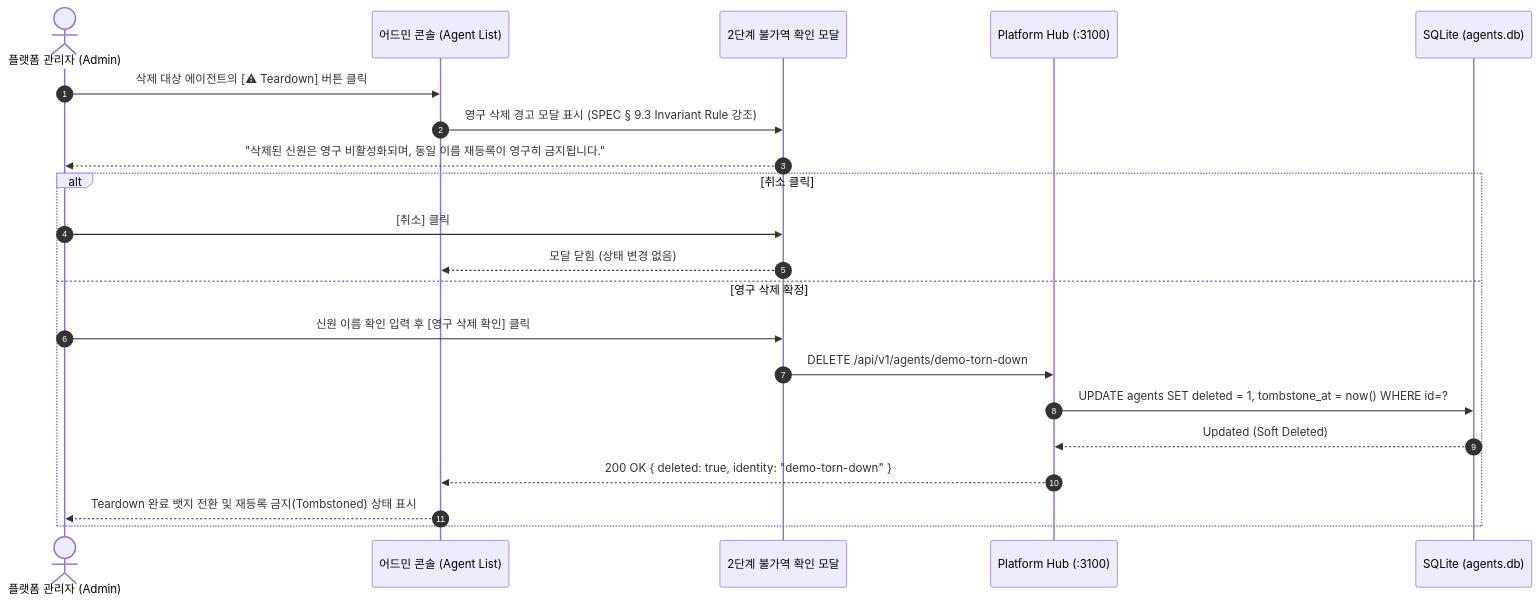
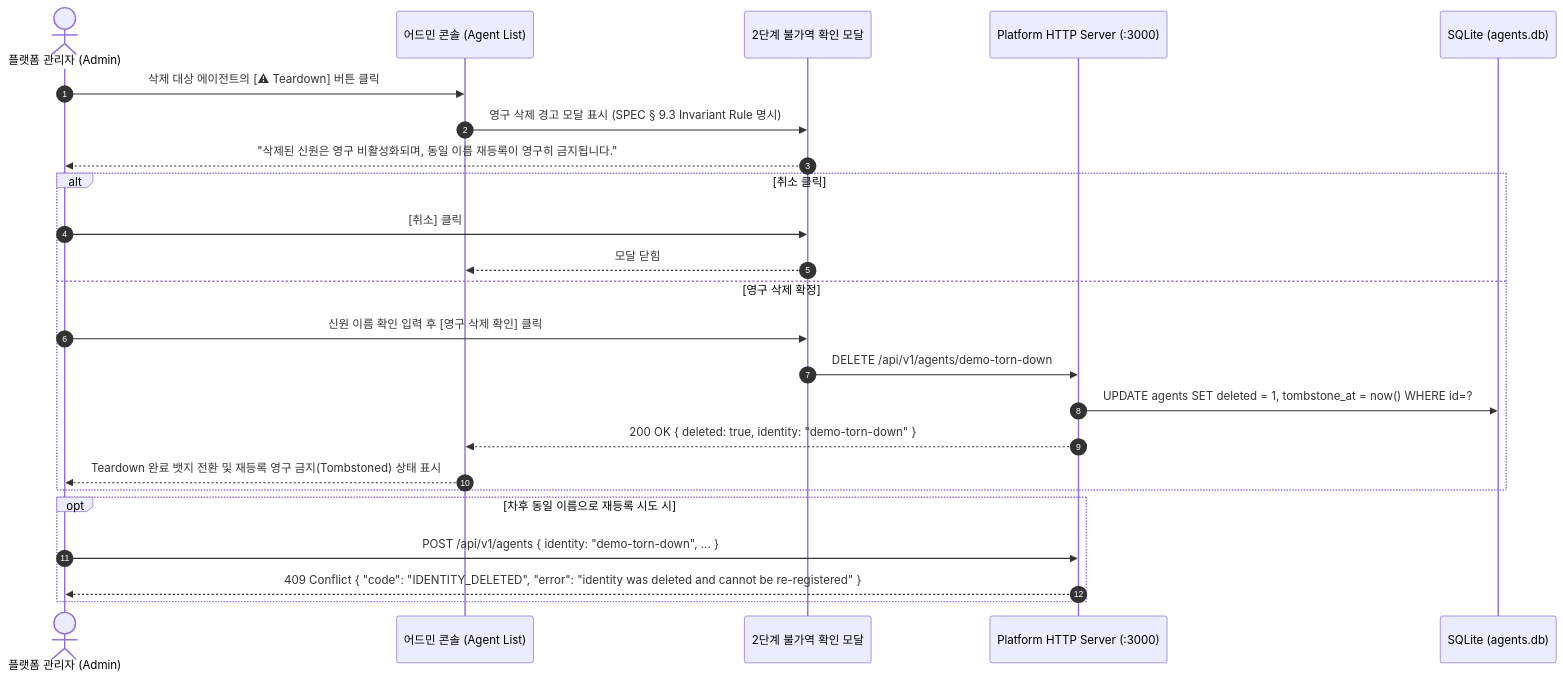
The fourth of 6 diagrams in docs/operator-functional-spec.md (sir-mirr/agent-mesh-platform), drawn with Mermaid before and after one commit. The commit also changed other lines of this file, not shown here.

Commit message:
docs: incorporate platform-claude feedback into operator functional spec v2.0

````diff
--- a/docs/operator-functional-spec.md
+++ b/docs/operator-functional-spec.md
@@ -110,25 +125,29 @@
 ```mermaid
 sequenceDiagram
     autonumber
     actor Admin as 플랫폼 관리자 (Admin)
     participant UI as 어드민 콘솔 (Agent List)
     participant Modal as 2단계 불가역 확인 모달
-    participant Hub as Platform Hub (:3100)
+    participant HTTP as Platform HTTP Server (:3000)
     participant DB as SQLite (agents.db)
 
     Admin->>UI: 삭제 대상 에이전트의 [⚠ Teardown] 버튼 클릭
-    UI->>Modal: 영구 삭제 경고 모달 표시 (SPEC § 9.3 Invariant Rule 강조)
+    UI->>Modal: 영구 삭제 경고 모달 표시 (SPEC § 9.3 Invariant Rule 명시)
     Modal-->>Admin: "삭제된 신원은 영구 비활성화되며, 동일 이름 재등록이 영구히 금지됩니다."
     
     alt 취소 클릭
         Admin->>Modal: [취소] 클릭
-        Modal-->>UI: 모달 닫힘 (상태 변경 없음)
+        Modal-->>UI: 모달 닫힘
     else 영구 삭제 확정
         Admin->>Modal: 신원 이름 확인 입력 후 [영구 삭제 확인] 클릭
-        Modal->>Hub: DELETE /api/v1/agents/demo-torn-down
-        Hub->>DB: UPDATE agents SET deleted = 1, tombstone_at = now() WHERE id=?
-        DB-->>Hub: Updated (Soft Deleted)
-        Hub-->>UI: 200 OK { deleted: true, identity: "demo-torn-down" }
-        UI-->>Admin: Teardown 완료 뱃지 전환 및 재등록 금지(Tombstoned) 상태 표시
+        Modal->>HTTP: DELETE /api/v1/agents/demo-torn-down
+        HTTP->>DB: UPDATE agents SET deleted = 1, tombstone_at = now() WHERE id=?
+        HTTP-->>UI: 200 OK { deleted: true, identity: "demo-torn-down" }
+        UI-->>Admin: Teardown 완료 뱃지 전환 및 재등록 영구 금지(Tombstoned) 상태 표시
+    end
+
+    opt 차후 동일 이름으로 재등록 시도 시
+        Admin->>HTTP: POST /api/v1/agents { identity: "demo-torn-down", ... }
+        HTTP-->>Admin: 409 Conflict { "code": "IDENTITY_DELETED", "error": "identity was deleted and cannot be re-registered" }
     end
 ```
````
